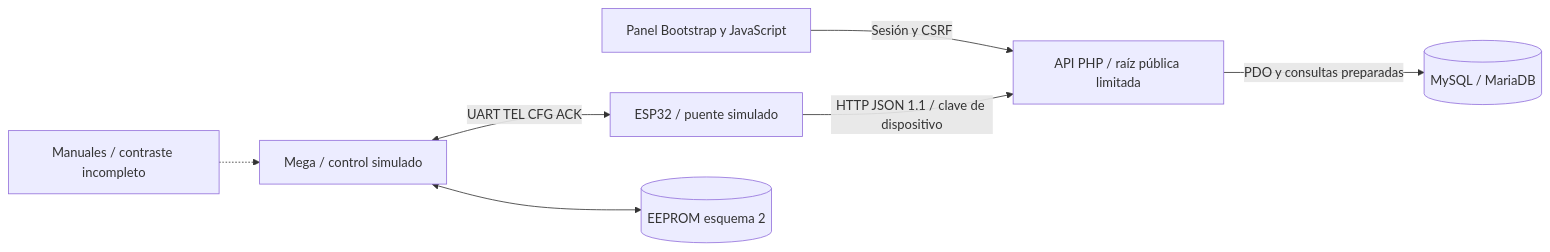
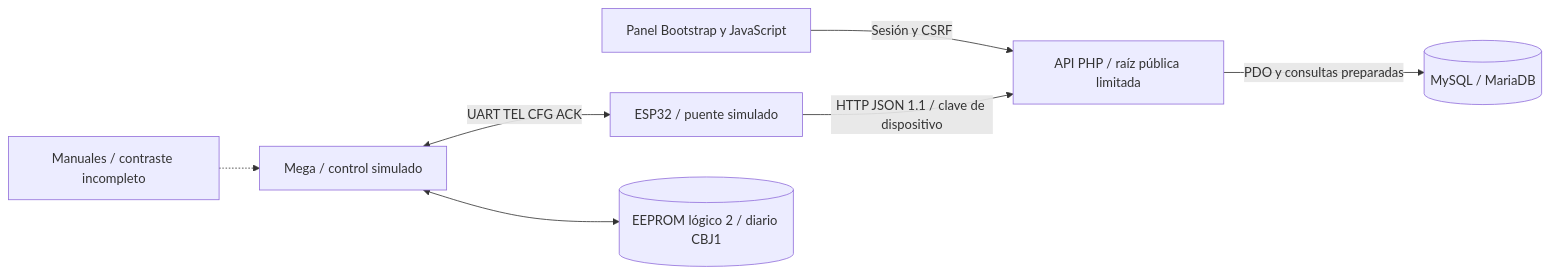
Before and after one commit to djSaBaS/caldera-biomasa-domotica: the diagram in docs/arquitectura/ARQUITECTURA_GENERAL.md, drawn with Mermaid. The commit also changed other lines of this file and 34 other files, not shown here.

````diff
--- a/docs/arquitectura/ARQUITECTURA_GENERAL.md
+++ b/docs/arquitectura/ARQUITECTURA_GENERAL.md
@@ -5,9 +5,9 @@
 ```mermaid
 flowchart LR
   UI[Panel Bootstrap y JavaScript] -->|Sesión y CSRF| API[API PHP / raíz pública limitada]
   API -->|PDO y consultas preparadas| DB[(MySQL / MariaDB)]
   ESP[ESP32 / puente simulado] -->|HTTP JSON 1.1 / clave de dispositivo| API
   MEGA[Mega / control simulado] <-->|UART TEL CFG ACK| ESP
-  MEGA <--> EEPROM[(EEPROM esquema 2)]
+  MEGA <--> EEPROM[(EEPROM lógico 2 / diario CBJ1)]
   FUENTES[Manuales / contraste incompleto] -.-> MEGA
 ```
````
